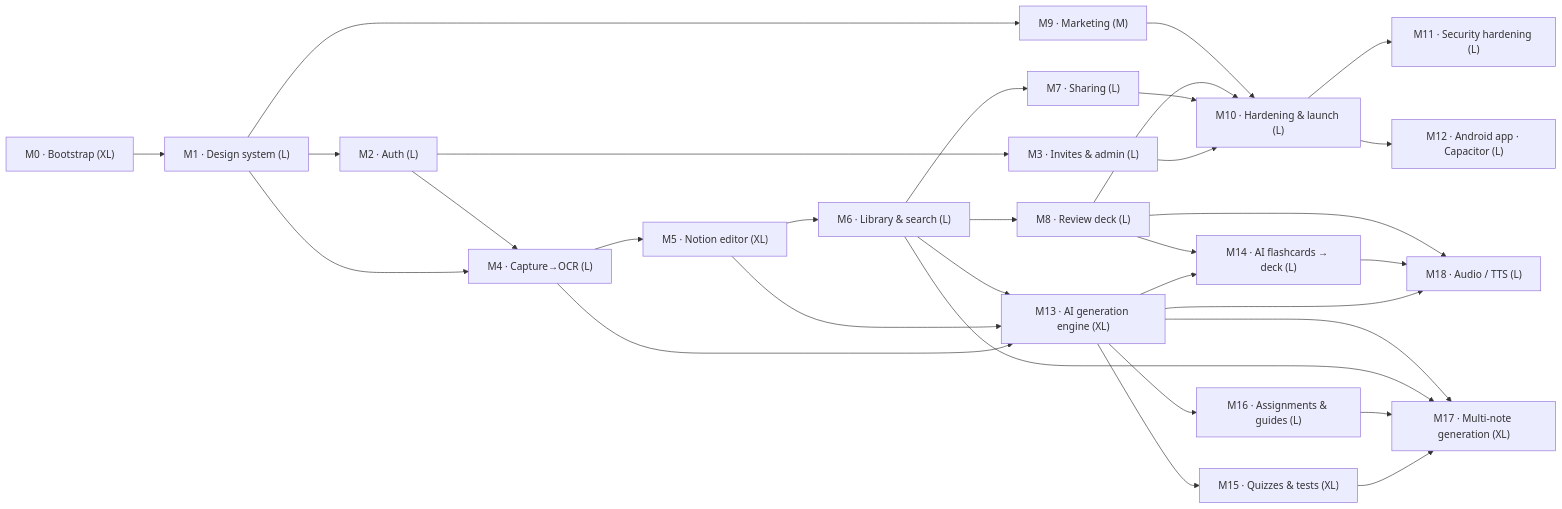
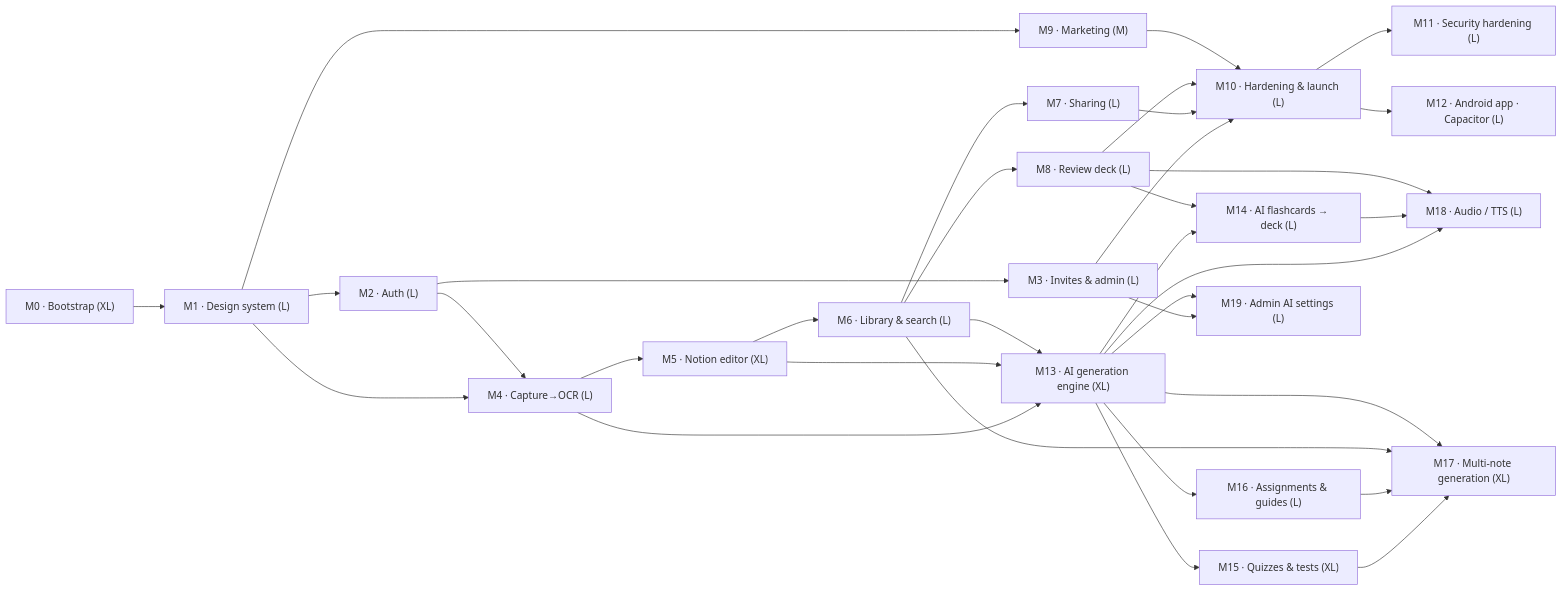
Before and after one commit to jasonp2323/transformmynotes: the first of 2 diagrams in docs/milestones/ROADMAP.md, drawn with Mermaid. The commit also changed other lines of this file and 3 other files, not shown here.

First line of the commit message:
docs: add M19 admin AI settings + route M13 config via resolver

````diff
--- a/docs/milestones/ROADMAP.md
+++ b/docs/milestones/ROADMAP.md
@@ -18,33 +18,35 @@
 ```mermaid
 flowchart LR
   M0["M0 · Bootstrap (XL)"] --> M1["M1 · Design system (L)"]
   M1 --> M2["M2 · Auth (L)"]
   M1 --> M9["M9 · Marketing (M)"]
   M1 --> M4["M4 · Capture→OCR (L)"]
   M2 --> M3["M3 · Invites & admin (L)"]
   M2 --> M4
   M4 --> M5["M5 · Notion editor (XL)"]
   M5 --> M6["M6 · Library & search (L)"]
   M6 --> M7["M7 · Sharing (L)"]
   M6 --> M8["M8 · Review deck (L)"]
   M3 --> M10["M10 · Hardening & launch (L)"]
   M7 --> M10
   M8 --> M10
   M9 --> M10
   M10 --> M11["M11 · Security hardening (L)"]
   M10 --> M12["M12 · Android app · Capacitor (L)"]
   M4 --> M13["M13 · AI generation engine (XL)"]
   M5 --> M13
   M6 --> M13
   M13 --> M14["M14 · AI flashcards → deck (L)"]
   M8 --> M14
   M13 --> M15["M15 · Quizzes & tests (XL)"]
   M13 --> M16["M16 · Assignments & guides (L)"]
   M15 --> M17["M17 · Multi-note generation (XL)"]
   M16 --> M17
   M6 --> M17
   M13 --> M17
   M13 --> M18["M18 · Audio / TTS (L)"]
   M14 --> M18
   M8 --> M18
+  M3 --> M19["M19 · Admin AI settings (L)"]
+  M13 --> M19
 ```
````
